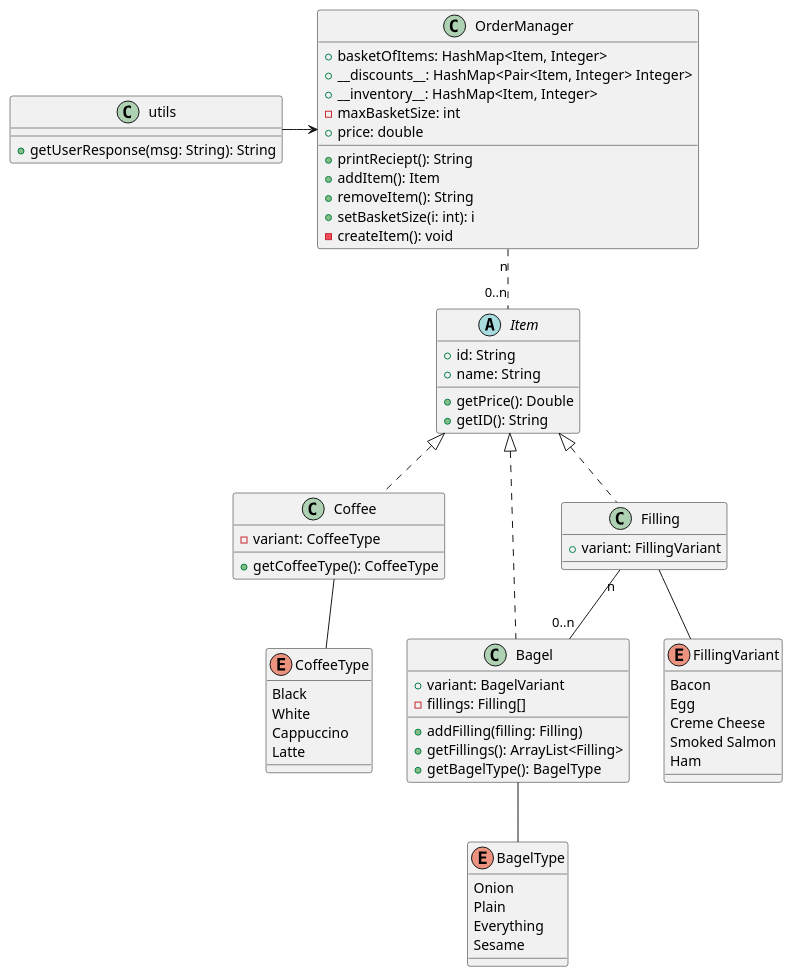
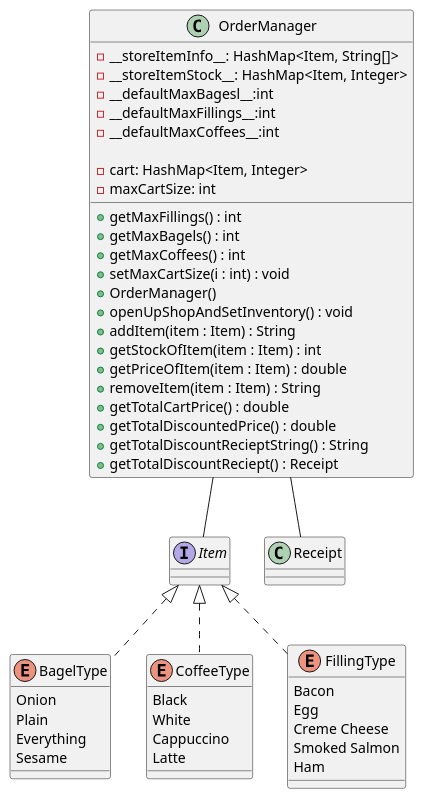
One commit to boolean-uk/java-tdd-oop-bobs-bagels changed the diagram in ClassDiagram.puml. Above: the diagram before and after it, drawn with PlantUML.

Commit message:
changed diagram to more accurately represent the code structure

```diff
--- a/ClassDiagram.puml
+++ b/ClassDiagram.puml
@@ -1,84 +1,59 @@
 @startuml
-Abstract class Item{
-    + id: String
-    + name: String
-    + getPrice(): Double
-    + getID(): String
-}
 
-class Bagel implements Item{
-    + variant: BagelVariant
-    - fillings: Filling[]
-    + addFilling(filling: Filling)
-    ' display cost of filling before adding
-    ' should confirm with customer before adding filling
-    + getFillings(): ArrayList<Filling>
-    + getBagelType(): BagelType
-}
 
-enum BagelType{
+interface Item{}
+
+enum BagelType implements Item{
     Onion
     Plain
     Everything
     Sesame
 }
-Bagel -- BagelType
 
-
-class Coffee implements Item{
-    - variant: CoffeeType
-    + getCoffeeType(): CoffeeType
-}
-enum CoffeeType {
+enum CoffeeType implements Item {
     Black
     White
     Cappuccino
     Latte
 }
 
-Coffee -- CoffeeType
-
-class Filling implements Item{
-    + variant: FillingVariant
-}
-enum FillingVariant {
+enum FillingType implements Item {
     Bacon
     Egg
     Creme Cheese
     Smoked Salmon
     Ham
 }
 
-Filling -- FillingVariant
-Filling "n" -- "0..n" Bagel
+class OrderManager {
+   -__storeItemInfo__: HashMap<Item, String[]>
+   -__storeItemStock__: HashMap<Item, Integer>
+   -__defaultMaxBagesl__:int
+   -__defaultMaxFillings__:int
+   -__defaultMaxCoffees__:int
 
-class OrderManager {
-    + basketOfItems: HashMap<Item, Integer>
-    + __discounts__: HashMap<Pair<Item, Integer> Integer>
-    ' HashMap<Item, Quantity of Items> new Price>
-    + __inventory__: HashMap<Item, Integer>
-    - maxBasketSize: int
-    + price: double
-    + printReciept(): String
-        ' should print discount
-    + addItem(): Item
-    'addBagel should give user feedback when adding to full basket
-    'should confirm with customer before adding to basket
-    + removeItem(): String
-    'should give user feedback when attempting to remove an item that doesn't exist.
-    + setBasketSize(i: int): i
-    - createItem(): void
+   - cart: HashMap<Item, Integer>
+   - maxCartSize: int
+
+   + getMaxFillings() : int
+   + getMaxBagels() : int
+   + getMaxCoffees() : int
+   + setMaxCartSize(i : int) : void
+   + OrderManager()
+   + openUpShopAndSetInventory() : void
+   + addItem(item : Item) : String
+   + getStockOfItem(item : Item) : int
+   + getPriceOfItem(item : Item) : double
+   + removeItem(item : Item) : String
+   + getTotalCartPrice() : double
+   + getTotalDiscountedPrice() : double
+   + getTotalDiscountRecieptString() : String
+   + getTotalDiscountReciept() : Receipt
+
 
 }
 
-OrderManager "n" .. "0..n" Item
+OrderManager -- Item
 
-class utils {
-    + getUserResponse(msg: String): String
-}
-
-utils -> OrderManager
-
-
-
+OrderManager -- Receipt
 @enduml
```
